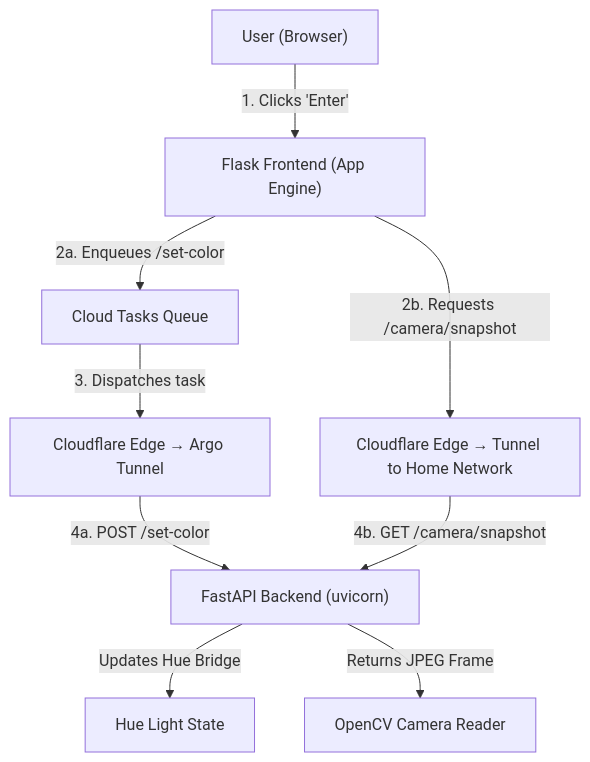
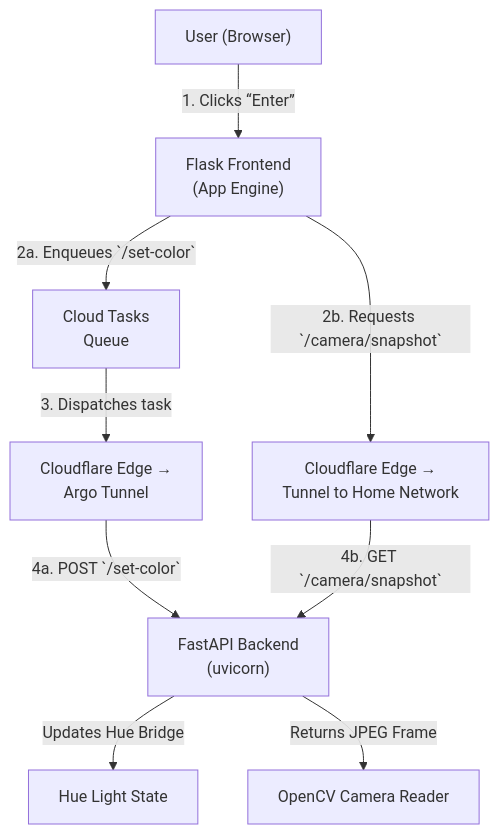
Before and after one commit to zwingthomas/LightsOn: the diagram in README.md, drawn with Mermaid.

Commit message:
Documentation

````diff
--- a/README.md
+++ b/README.md
@@ -30,11 +29,22 @@
 ```mermaid
-graph TD
-  A["User (Browser)"] -->|1. Clicks 'Enter'| B["Flask Frontend (App Engine)"]
-  B -->|2a. Enqueues /set-color| C["Cloud Tasks Queue"]
-  B -->|2b. Requests /camera/snapshot| D["Cloudflare Edge → Tunnel to Home Network"]
-  C -->|3. Dispatches task| E["Cloudflare Edge → Argo Tunnel"]
-  E -->|4a. POST /set-color| F["FastAPI Backend (uvicorn)"]
-  D -->|4b. GET /camera/snapshot| F
-  F -->|Updates Hue Bridge| G["Hue Light State"]
-  F -->|Returns JPEG Frame| H["OpenCV Camera Reader"]
+flowchart TD
+    A["User (Browser)"] 
+    B["Flask Frontend<br>(App Engine)"]
+    T["Cloud Tasks<br>Queue"]
+    CFE["Cloudflare Edge →<br>Tunnel to Home Network"]
+    CFA["Cloudflare Edge →<br>Argo Tunnel"]
+    F["FastAPI Backend<br>(uvicorn)"]
+    H["Hue Light State"]
+    O["OpenCV Camera Reader"]
+
+    A -->|1. Clicks “Enter”| B
+    B -->|2a. Enqueues `/set-color`| T
+    B -->|2b. Requests `/camera/snapshot`| CFE
+
+    T -->|3. Dispatches task| CFA
+    CFA -->|4a. POST `/set-color`| F
+    CFE -->|4b. GET `/camera/snapshot`| F
+
+    F -->|Updates Hue Bridge| H
+    F -->|Returns JPEG Frame| O
 ```
````
